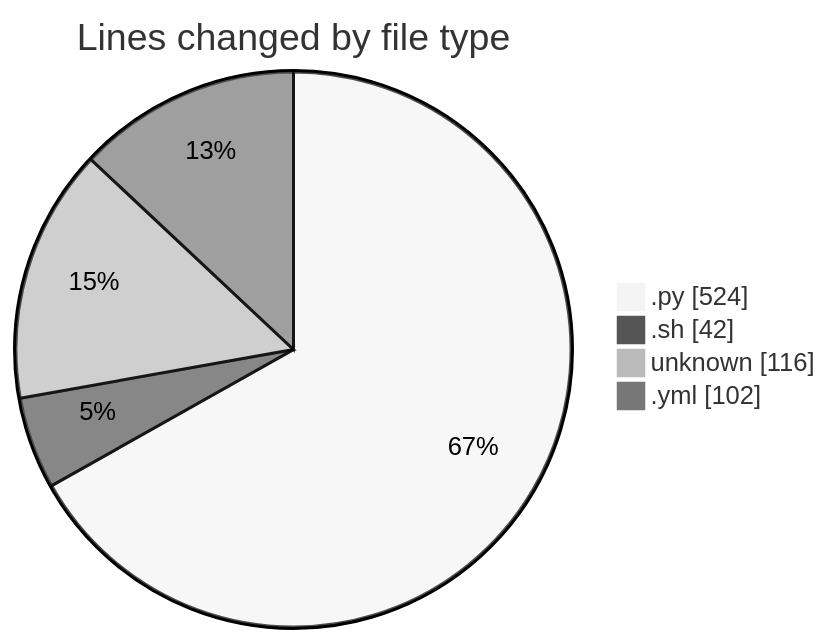
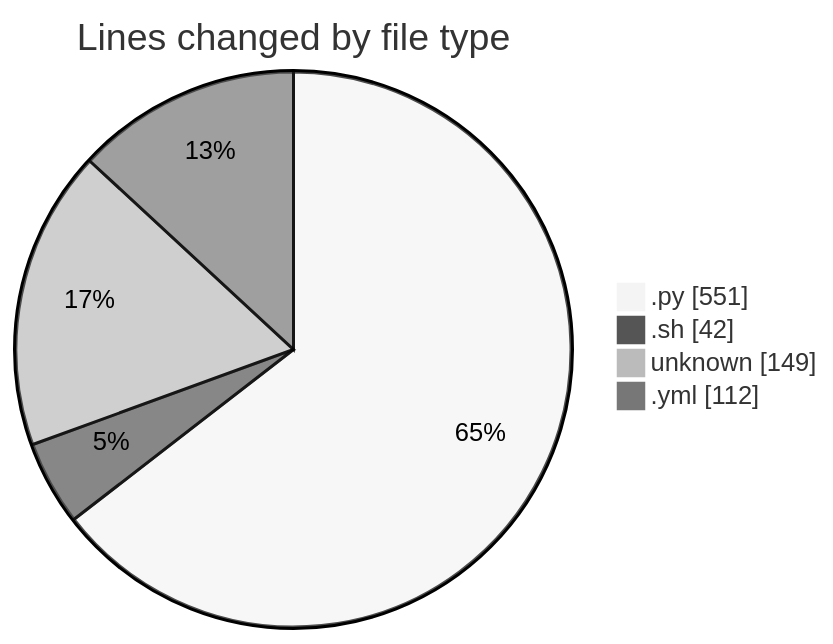
The first of 2 diagrams in 2025-05-14/niten/README.md (Elitesun/code-tracking), drawn with Mermaid (neutral theme) before and after one commit. The commit also changed other lines of this file and 1 other file, not shown here.

````diff
--- a/2025-05-14/niten/README.md
+++ b/2025-05-14/niten/README.md
@@ -29,8 +30,8 @@
 ```mermaid
 pie showData
 title Lines changed by file type
-".py" : 524
+".py" : 551
 ".sh" : 42
-"unknown" : 116
-".yml" : 102
+"unknown" : 149
+".yml" : 112
 ```
````
